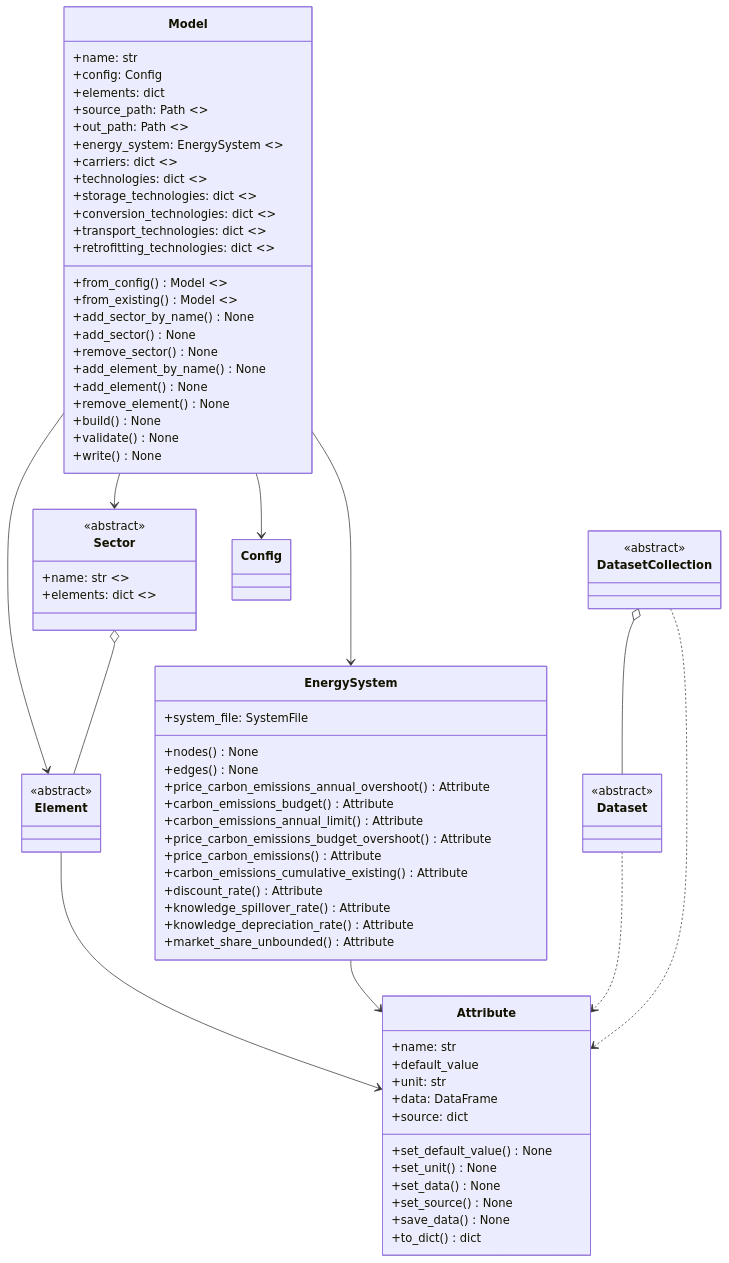
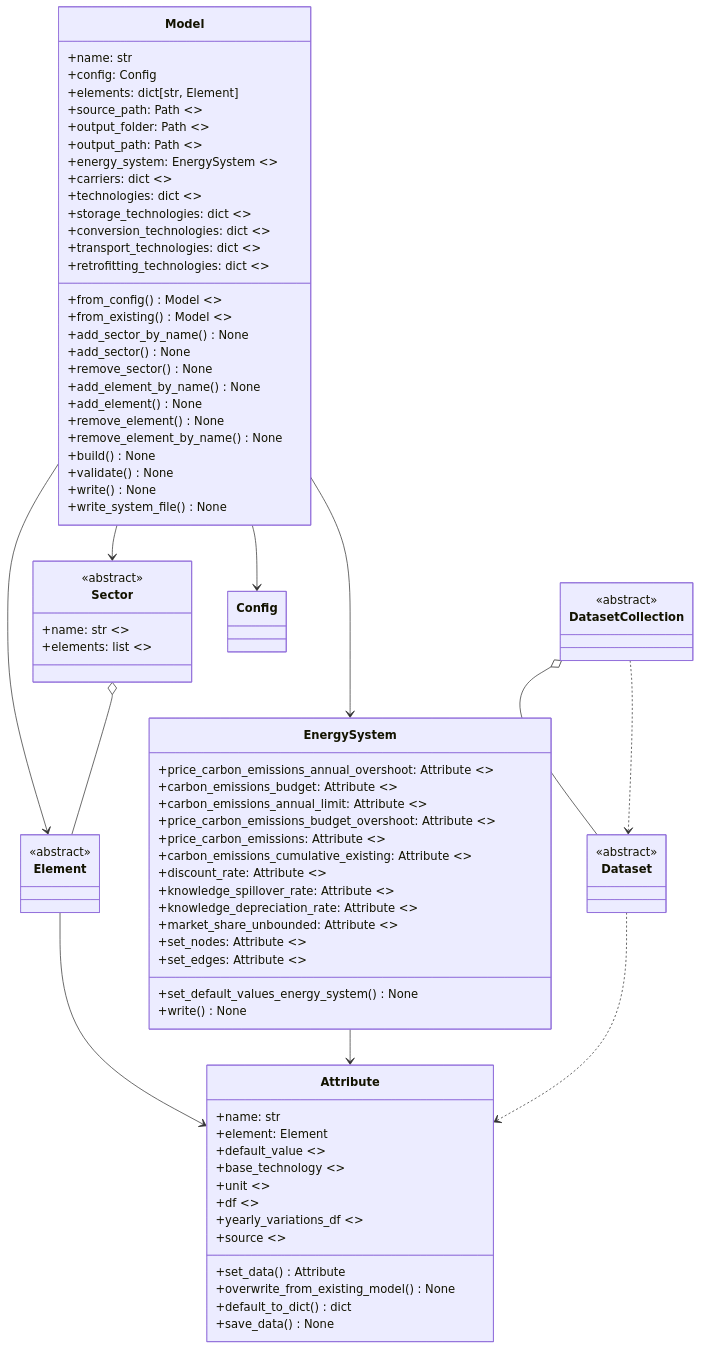
The first of 3 diagrams in docs/files/developer_guide/class_diagram.rst (ZEN-universe/ZEN-creator), drawn with Mermaid before and after one commit. The commit also changed other lines of this file, not shown here.

Commit message:
Update class diagrams.

```diff
--- a/docs/files/developer_guide/class_diagram.rst
+++ b/docs/files/developer_guide/class_diagram.rst
@@ -11,9 +12,10 @@
        class Model {
            +name: str
            +config: Config
-           +elements: dict
+           +elements: dict[str, Element]
            +source_path: Path <<property>>
-           +out_path: Path <<property>>
+           +output_folder: Path <<property>>
+           +output_path: Path <<property>>
            +energy_system: EnergySystem <<property>>
            +carriers: dict <<property>>
            +technologies: dict <<property>>
@@ -29,64 +31,74 @@
            +add_element_by_name() None
            +add_element() None
            +remove_element() None
+           +remove_element_by_name() None
            +build() None
            +validate() None
            +write() None
-        }
-        class Sector {
+           +write_system_file() None
+       }
+
+       class Sector {
            +name: str <<class attribute>>
-           +elements: dict <<property>>
-        }
-        class Element{
-        }
-        class DatasetCollection{
-        }
-        class Dataset{
-        }
-        class Config{
-        }
-        class EnergySystem{
-           +system_file: SystemFile
-           +nodes() None
-           +edges() None
-           +price_carbon_emissions_annual_overshoot() Attribute
-           +carbon_emissions_budget() Attribute
-           +carbon_emissions_annual_limit() Attribute
-           +price_carbon_emissions_budget_overshoot() Attribute
-           +price_carbon_emissions() Attribute
-           +carbon_emissions_cumulative_existing() Attribute
-           +discount_rate() Attribute
-           +knowledge_spillover_rate() Attribute
-           +knowledge_depreciation_rate() Attribute
-           +market_share_unbounded() Attribute
-        }
-        class Attribute{
-            +name: str
-            +default_value
-            +unit: str
-            +data: DataFrame
-            +source: dict
-            +set_default_value() None
-            +set_unit() None
-            +set_data() None
-            +set_source() None
-            +save_data() None 
-            +to_dict() dict
+           +elements: list <<property>>
+       }
 
-        }
+       class Element {
+       }
+
+       class DatasetCollection {
+       }
+
+       class Dataset {
+       }
+
+       class Config {
+       }
+
+       class EnergySystem {
+           +price_carbon_emissions_annual_overshoot: Attribute <<property>>
+           +carbon_emissions_budget: Attribute <<property>>
+           +carbon_emissions_annual_limit: Attribute <<property>>
+           +price_carbon_emissions_budget_overshoot: Attribute <<property>>
+           +price_carbon_emissions: Attribute <<property>>
+           +carbon_emissions_cumulative_existing: Attribute <<property>>
+           +discount_rate: Attribute <<property>>
+           +knowledge_spillover_rate: Attribute <<property>>
+           +knowledge_depreciation_rate: Attribute <<property>>
+           +market_share_unbounded: Attribute <<property>>
+           +set_nodes: Attribute <<property>>
+           +set_edges: Attribute <<property>>
+           +set_default_values_energy_system() None
+           +write() None
+       }
+
+       class Attribute {
+           +name: str
+           +element: Element
+           +default_value <<property>>
+           +base_technology <<property>>
+           +unit <<property>>
+           +df <<property>>
+           +yearly_variations_df <<property>>
+           +source <<property>>
+           +set_data() Attribute
+           +overwrite_from_existing_model() None
+           +default_to_dict() dict
+           +save_data() None
+       }
 
        <<abstract>> Sector
        <<abstract>> Dataset
        <<abstract>> Element
        <<abstract>> DatasetCollection
 
-        DatasetCollection o-- Dataset
-        Model --> Sector
-        Model --> Element
-        Model --> EnergySystem
-        Model --> Config
-        Element --> Attribute
-        EnergySystem --> Attribute
-        Dataset ..> Attribute
-        DatasetCollection ..> Attribute
-        Sector o-- Element
+       DatasetCollection o-- Dataset
+       Model --> Sector
+       Model --> Element
+       Model --> EnergySystem
+       Model --> Config
+       Element --> Attribute
+       EnergySystem --> Attribute
+       Dataset ..> Attribute
+       DatasetCollection ..> Dataset
+       Sector o-- Element
```
